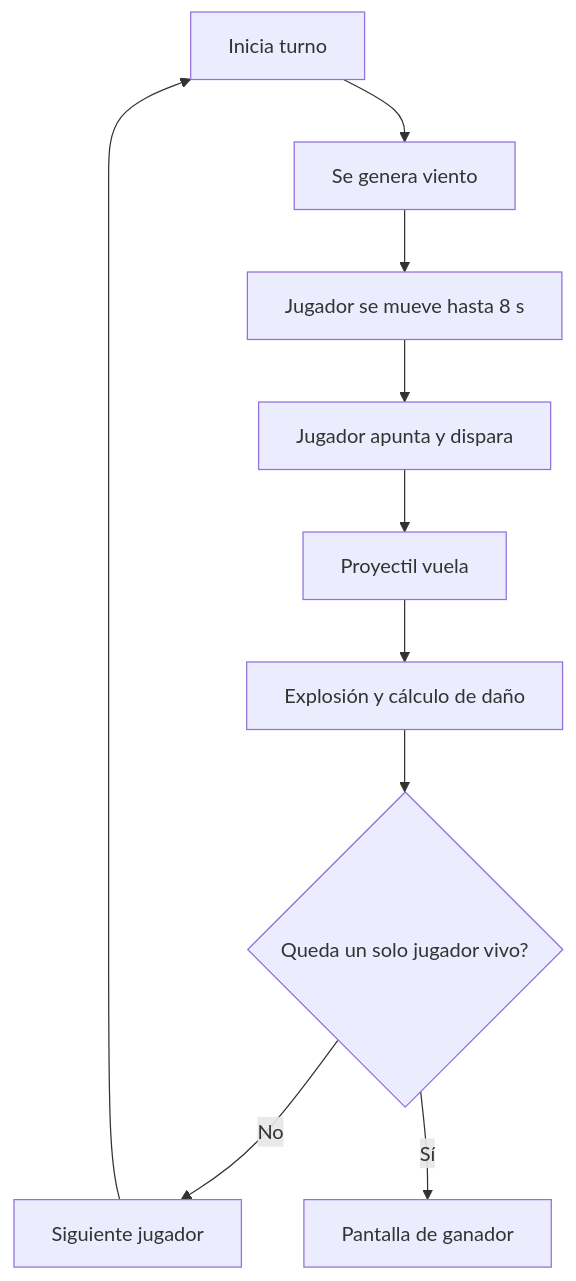
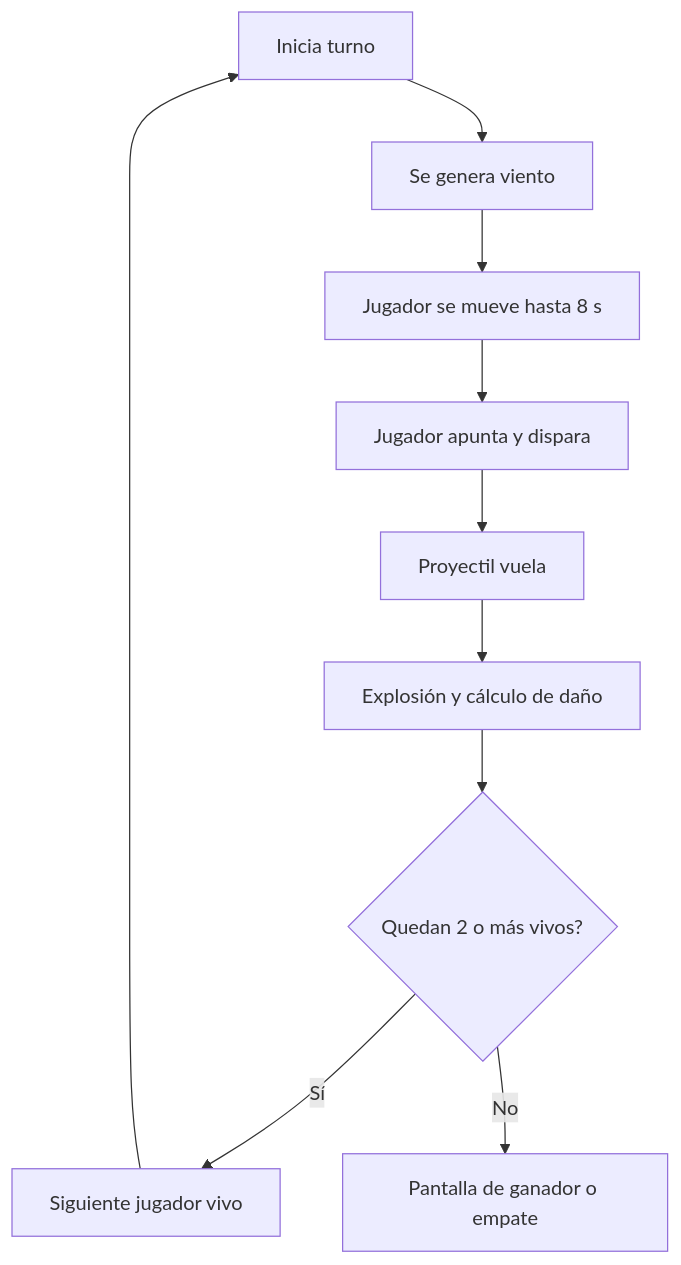
Before and after one commit to TorresLb28/franketilleria: the diagram in docs/design.md, drawn with Mermaid. The commit also changed other lines of this file and 30 other files, not shown here.

````diff
--- a/docs/design.md
+++ b/docs/design.md
@@ -47,11 +83,11 @@
 ```mermaid
 flowchart TD
   A[Inicia turno] --> B[Se genera viento]
   B --> C[Jugador se mueve hasta 8 s]
   C --> D[Jugador apunta y dispara]
   D --> E[Proyectil vuela]
   E --> F[Explosión y cálculo de daño]
-  F --> G{Queda un solo jugador vivo?}
-  G -- No --> H[Siguiente jugador] --> A
-  G -- Sí --> I[Pantalla de ganador]
+  F --> G{Quedan 2 o más vivos?}
+  G -- Sí --> H[Siguiente jugador vivo] --> A
+  G -- No --> I[Pantalla de ganador o empate]
 ```
````
